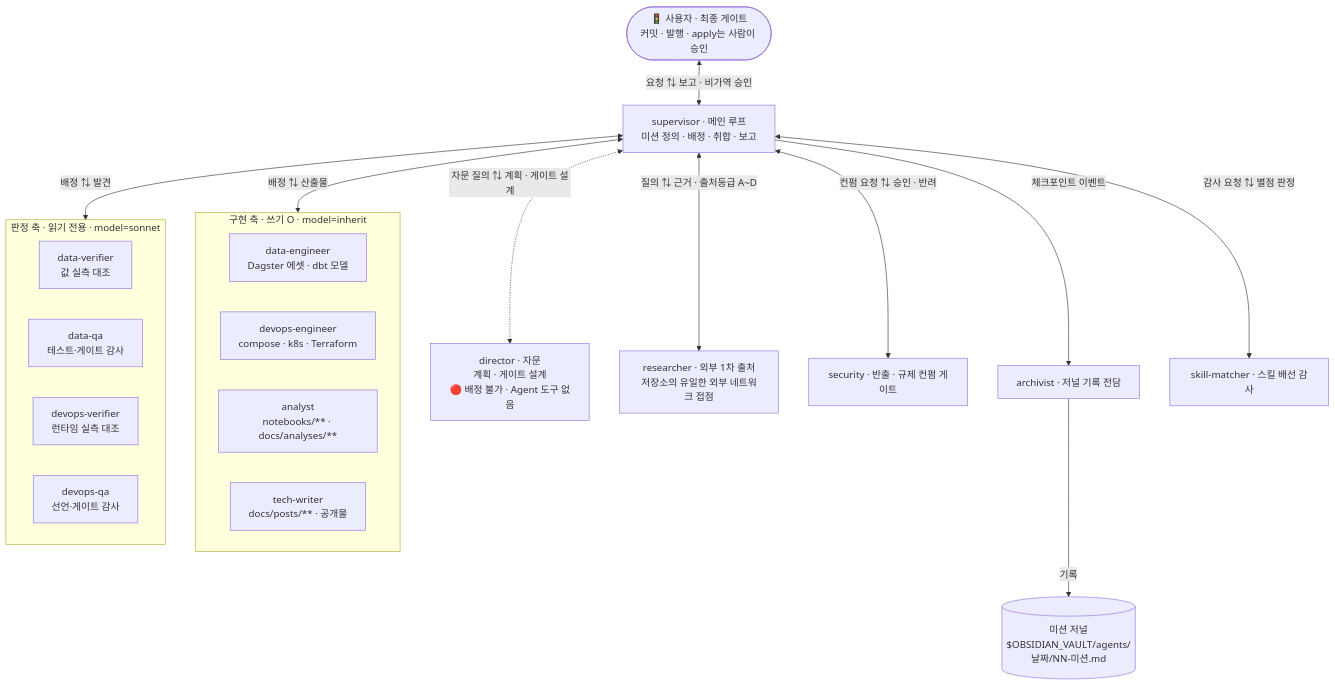
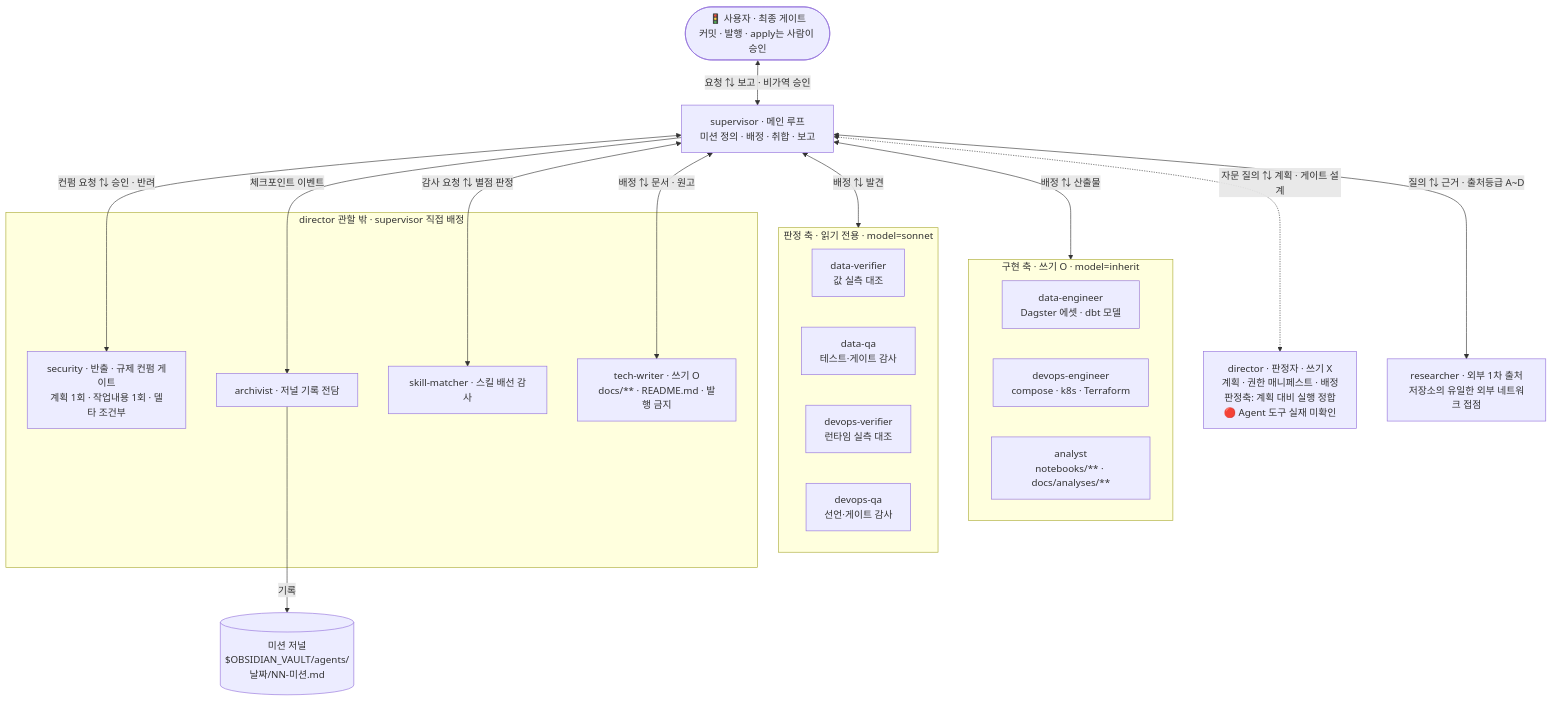
Before and after one commit to Melting-Face/dagster-study: the first of 2 diagrams in README.md, drawn with Mermaid. The commit also changed other lines of this file and 3 other files, not shown here.

````diff
--- a/README.md
+++ b/README.md
@@ -151,36 +151,40 @@
 ```mermaid
 flowchart TB
     U(["🚦 사용자 · 최종 게이트<br/>커밋 · 발행 · apply는 사람이 승인"])
     SUP["supervisor · 메인 루프<br/>미션 정의 · 배정 · 취합 · 보고"]
-    DIR["director · 자문<br/>계획 · 게이트 설계<br/>🔴 배정 불가 · Agent 도구 없음"]
+    DIR["director · 판정자 · 쓰기 X<br/>계획 · 권한 매니페스트 · 배정<br/>판정축: 계획 대비 실행 정합<br/>🔴 Agent 도구 실재 미확인"]
 
     subgraph impl["구현 축 · 쓰기 O · model=inherit"]
         DE["data-engineer<br/>Dagster 에셋 · dbt 모델"]
         OE["devops-engineer<br/>compose · k8s · Terraform"]
         AN["analyst<br/>notebooks/** · docs/analyses/**"]
-        TW["tech-writer<br/>docs/posts/** · 공개물"]
     end
 
     subgraph judge["판정 축 · 읽기 전용 · model=sonnet"]
         DV["data-verifier<br/>값 실측 대조"]
         DQ["data-qa<br/>테스트·게이트 감사"]
         OV["devops-verifier<br/>런타임 실측 대조"]
         OQ["devops-qa<br/>선언·게이트 감사"]
     end
 
     RES["researcher · 외부 1차 출처<br/>저장소의 유일한 외부 네트워크 접점"]
-    SEC["security · 반출 · 규제 컨펌 게이트"]
-    ARC["archivist · 저널 기록 전담"]
-    SKM["skill-matcher · 스킬 배선 감사"]
+
+    subgraph outside["director 관할 밖 · supervisor 직접 배정"]
+        SEC["security · 반출 · 규제 컨펌 게이트<br/>계획 1회 · 작업내용 1회 · 델타 조건부"]
+        ARC["archivist · 저널 기록 전담"]
+        SKM["skill-matcher · 스킬 배선 감사"]
+        TW["tech-writer · 쓰기 O<br/>docs/** · README.md · 발행 금지"]
+    end
     JR[("미션 저널<br/>$OBSIDIAN_VAULT/agents/날짜/NN-미션.md")]
 
     U <-->|"요청 ⇅ 보고 · 비가역 승인"| SUP
     SUP <-.->|"자문 질의 ⇅ 계획 · 게이트 설계"| DIR
     SUP <-->|"배정 ⇅ 산출물"| impl
     SUP <-->|"배정 ⇅ 발견"| judge
     SUP <-->|"질의 ⇅ 근거 · 출처등급 A~D"| RES
     SUP <-->|"컨펌 요청 ⇅ 승인 · 반려"| SEC
     SUP <-->|"감사 요청 ⇅ 별점 판정"| SKM
+    SUP <-->|"배정 ⇅ 문서 · 원고"| TW
     SUP -->|"체크포인트 이벤트"| ARC
     ARC -->|기록| JR
 ```
````
